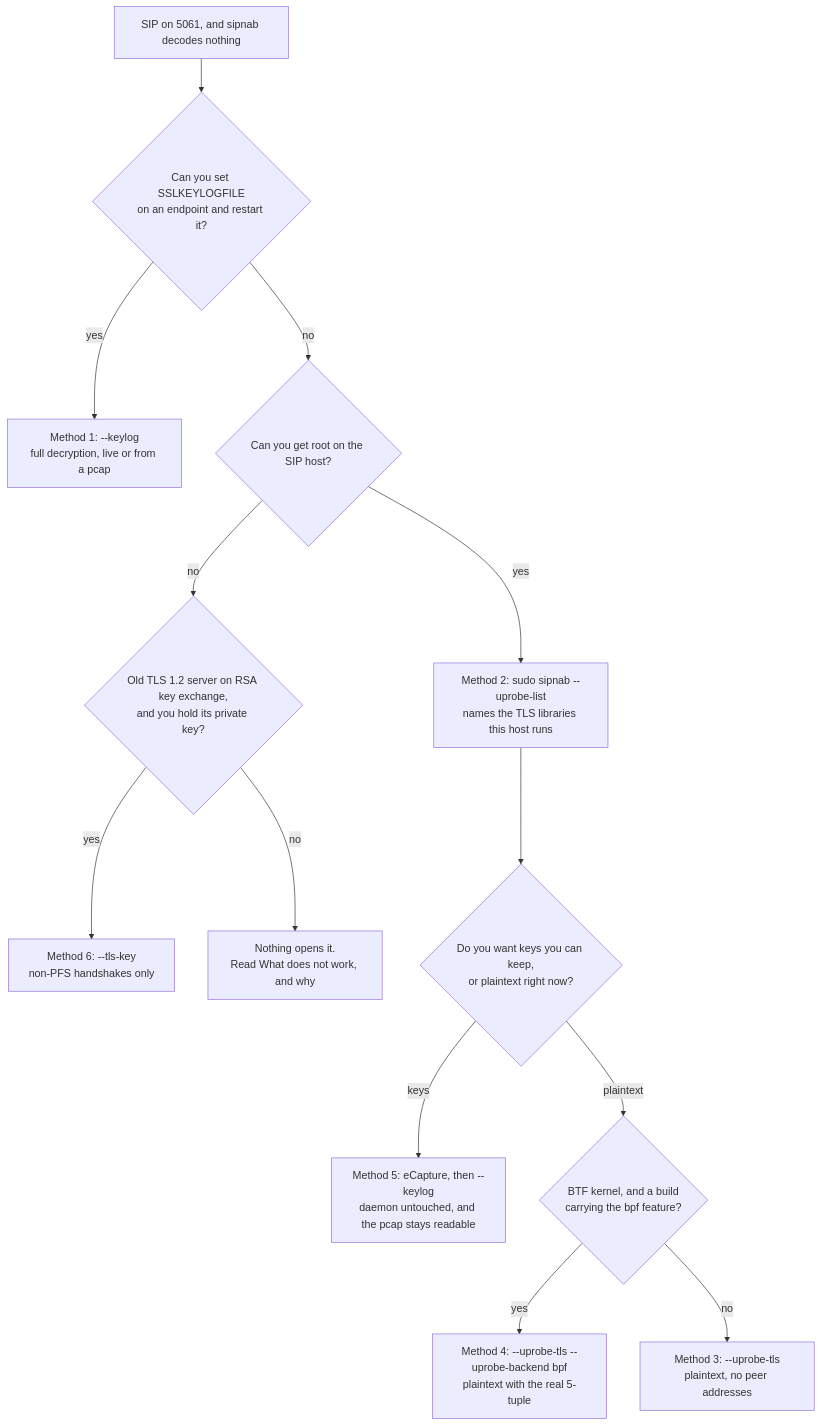
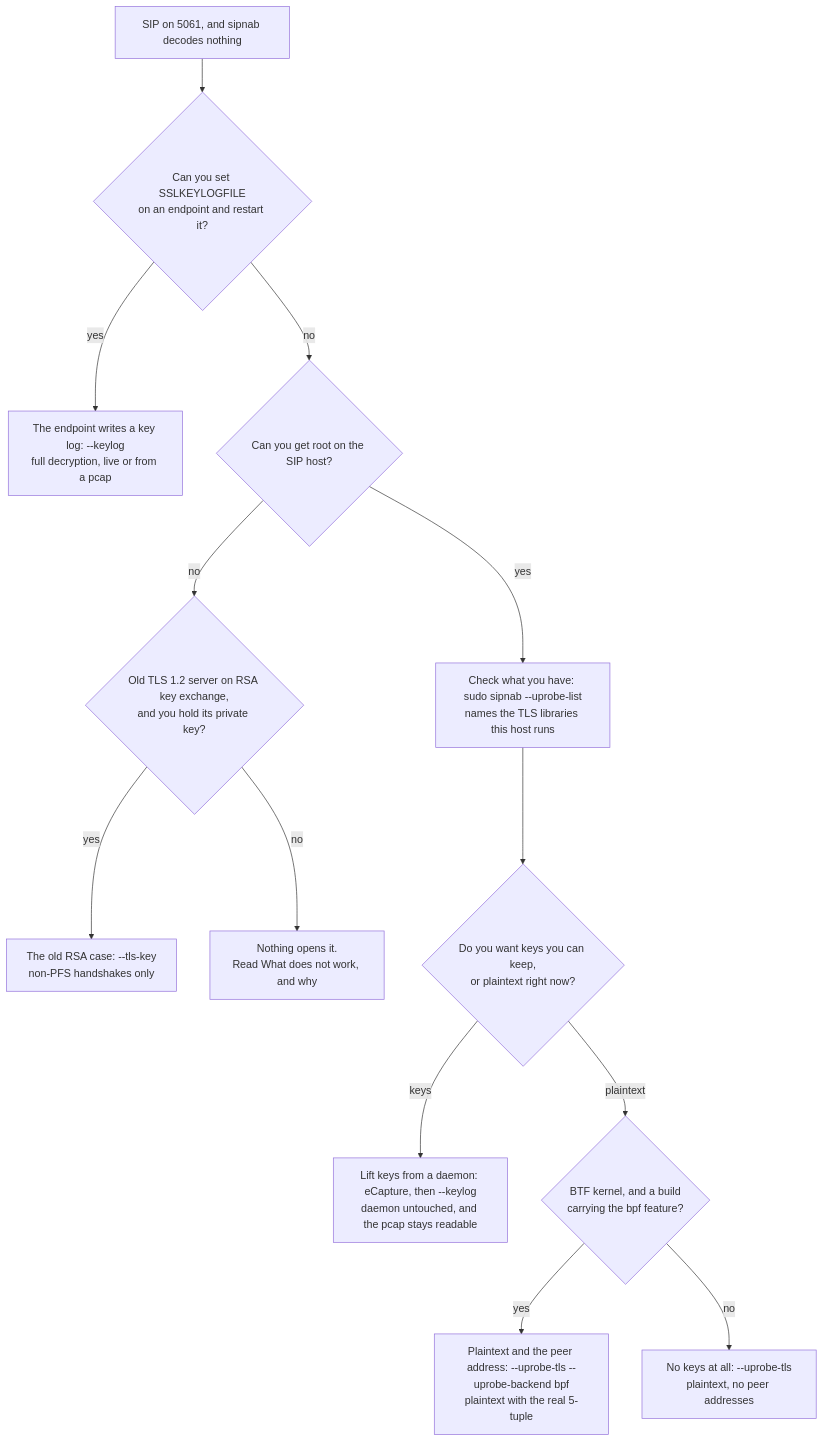
One commit to NormB/sipnab changed the diagram in docs/tls-capture.md. Above: the diagram before and after it, drawn with Mermaid. The commit also changed other lines of this file and 271 other files, not shown here.

````diff
--- a/docs/tls-capture.md
+++ b/docs/tls-capture.md
@@ -24,15 +32,15 @@
 ```mermaid
 flowchart TD
     S["SIP on 5061, and sipnab decodes nothing"] --> Q1{"Can you set SSLKEYLOGFILE<br/>on an endpoint and restart it?"}
-    Q1 -->|yes| M1["Method 1: --keylog<br/>full decryption, live or from a pcap"]
+    Q1 -->|yes| M1["The endpoint writes a key log: --keylog<br/>full decryption, live or from a pcap"]
     Q1 -->|no| Q2{"Can you get root on the SIP host?"}
     Q2 -->|no| Q6{"Old TLS 1.2 server on RSA key exchange,<br/>and you hold its private key?"}
-    Q6 -->|yes| M6["Method 6: --tls-key<br/>non-PFS handshakes only"]
+    Q6 -->|yes| M6["The old RSA case: --tls-key<br/>non-PFS handshakes only"]
     Q6 -->|no| X["Nothing opens it.<br/>Read What does not work, and why"]
-    Q2 -->|yes| L["Method 2: sudo sipnab --uprobe-list<br/>names the TLS libraries this host runs"]
+    Q2 -->|yes| L["Check what you have: sudo sipnab --uprobe-list<br/>names the TLS libraries this host runs"]
     L --> Q3{"Do you want keys you can keep,<br/>or plaintext right now?"}
-    Q3 -->|keys| M5["Method 5: eCapture, then --keylog<br/>daemon untouched, and the pcap stays readable"]
+    Q3 -->|keys| M5["Lift keys from a daemon: eCapture, then --keylog<br/>daemon untouched, and the pcap stays readable"]
     Q3 -->|plaintext| Q4{"BTF kernel, and a build<br/>carrying the bpf feature?"}
-    Q4 -->|yes| M4["Method 4: --uprobe-tls --uprobe-backend bpf<br/>plaintext with the real 5-tuple"]
-    Q4 -->|no| M3["Method 3: --uprobe-tls<br/>plaintext, no peer addresses"]
+    Q4 -->|yes| M4["Plaintext and the peer address: --uprobe-tls --uprobe-backend bpf<br/>plaintext with the real 5-tuple"]
+    Q4 -->|no| M3["No keys at all: --uprobe-tls<br/>plaintext, no peer addresses"]
 ```
````
